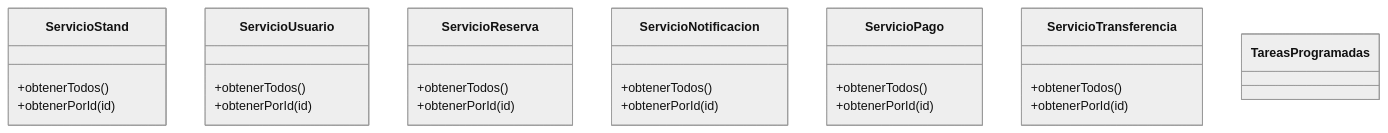
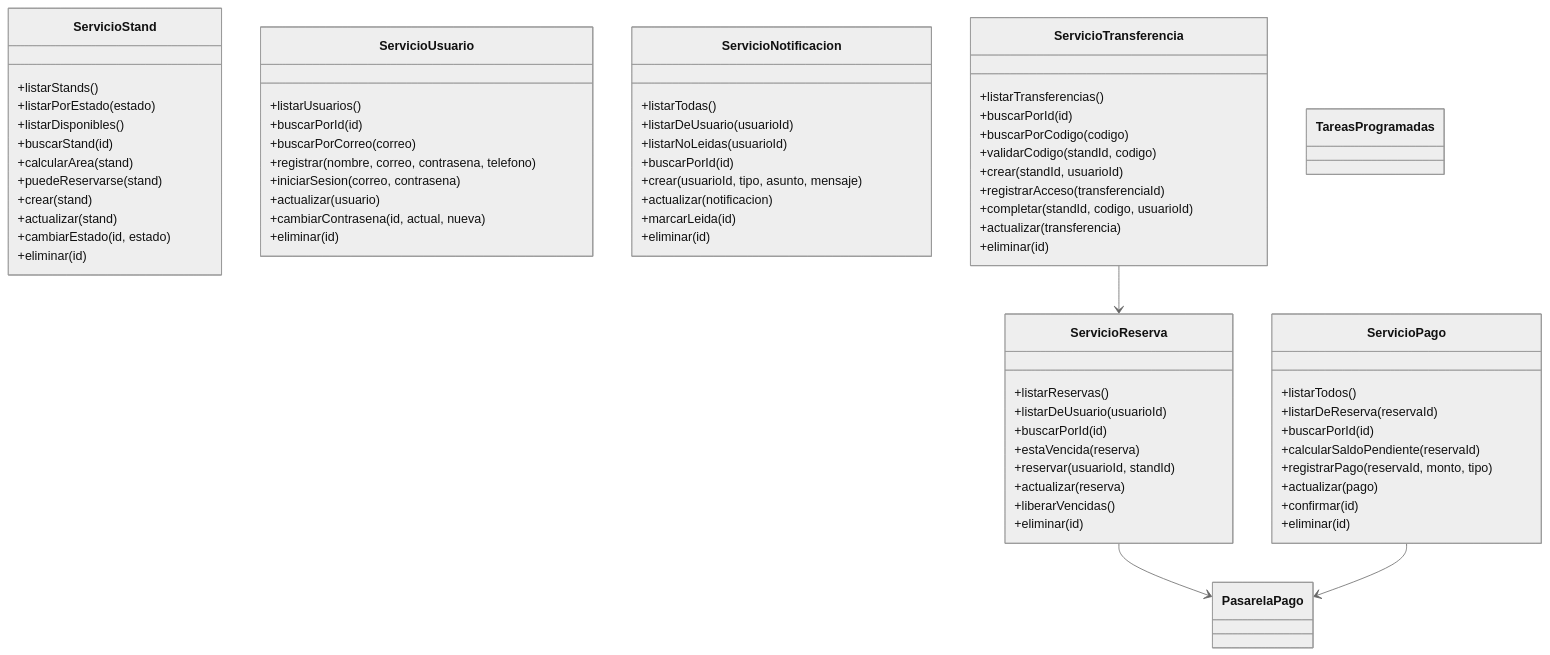
One commit to Javtamata145/StandsFiley-POO changed the second of 9 diagrams in Stands-Filey/DiagramaClases/DiagramaClases.md. Above: the diagram before and after it, drawn with Mermaid (neutral theme). The commit also changed other lines of this file and 23 other files, not shown here.

````diff
--- a/Stands-Filey/DiagramaClases/DiagramaClases.md
+++ b/Stands-Filey/DiagramaClases/DiagramaClases.md
@@ -141,38 +154,80 @@
 ```mermaid
 classDiagram
 direction TB
 
 class ServicioStand {
-  +obtenerTodos()
-  +obtenerPorId(id)
+  +listarStands()
+  +listarPorEstado(estado)
+  +listarDisponibles()
+  +buscarStand(id)
+  +calcularArea(stand)
+  +puedeReservarse(stand)
+  +crear(stand)
+  +actualizar(stand)
+  +cambiarEstado(id, estado)
+  +eliminar(id)
 }
 
 class ServicioUsuario {
-  +obtenerTodos()
-  +obtenerPorId(id)
+  +listarUsuarios()
+  +buscarPorId(id)
+  +buscarPorCorreo(correo)
+  +registrar(nombre, correo, contrasena, telefono)
+  +iniciarSesion(correo, contrasena)
+  +actualizar(usuario)
+  +cambiarContrasena(id, actual, nueva)
+  +eliminar(id)
 }
 
 class ServicioReserva {
-  +obtenerTodos()
-  +obtenerPorId(id)
+  +listarReservas()
+  +listarDeUsuario(usuarioId)
+  +buscarPorId(id)
+  +estaVencida(reserva)
+  +reservar(usuarioId, standId)
+  +actualizar(reserva)
+  +liberarVencidas()
+  +eliminar(id)
+}
+
+class ServicioPago {
+  +listarTodos()
+  +listarDeReserva(reservaId)
+  +buscarPorId(id)
+  +calcularSaldoPendiente(reservaId)
+  +registrarPago(reservaId, monto, tipo)
+  +actualizar(pago)
+  +confirmar(id)
+  +eliminar(id)
 }
 
 class ServicioNotificacion {
-  +obtenerTodos()
-  +obtenerPorId(id)
-}
-
-class ServicioPago {
-  +obtenerTodos()
-  +obtenerPorId(id)
+  +listarTodas()
+  +listarDeUsuario(usuarioId)
+  +listarNoLeidas(usuarioId)
+  +buscarPorId(id)
+  +crear(usuarioId, tipo, asunto, mensaje)
+  +actualizar(notificacion)
+  +marcarLeida(id)
+  +eliminar(id)
 }
 
 class ServicioTransferencia {
-  +obtenerTodos()
-  +obtenerPorId(id)
+  +listarTransferencias()
+  +buscarPorId(id)
+  +buscarPorCodigo(codigo)
+  +validarCodigo(standId, codigo)
+  +crear(standId, usuarioId)
+  +registrarAcceso(transferenciaId)
+  +completar(standId, codigo, usuarioId)
+  +actualizar(transferencia)
+  +eliminar(id)
 }
 
 class TareasProgramadas {
 }
 
+ServicioReserva --> PasarelaPago
+ServicioPago --> PasarelaPago
+ServicioTransferencia --> ServicioReserva
 ```
````
